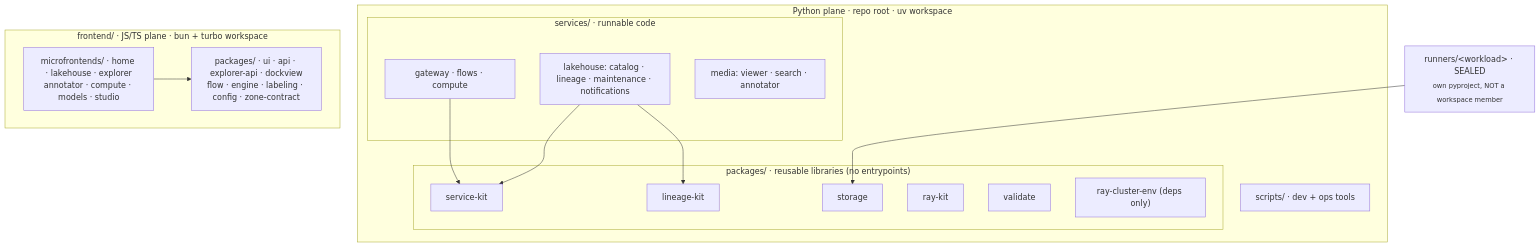
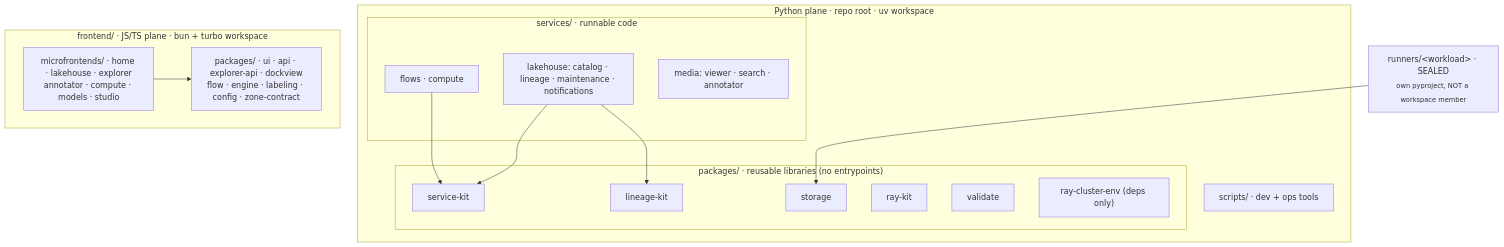
One commit to AI-Riksarkivet/rask changed the diagram in docs/architecture/layout.md. Above: the diagram before and after it, drawn with Mermaid. The commit also changed other lines of this file and 203 other files, not shown here.

````diff
--- a/docs/architecture/layout.md
+++ b/docs/architecture/layout.md
@@ -10,28 +10,28 @@
 ```mermaid
 flowchart TD
     subgraph py["Python plane · repo root · uv workspace"]
         subgraph services["services/ · runnable code"]
             lake["lakehouse: catalog · lineage · maintenance · notifications"]
-            fleet["gateway · flows · compute"]
+            fleet["flows · compute"]
             media["media: viewer · search · annotator"]
         end
         subgraph packages["packages/ · reusable libraries (no entrypoints)"]
             psk["service-kit"]
             plk["lineage-kit"]
             pst["storage"]
             prk["ray-kit"]
             ptv["validate"]
             prc["ray-cluster-env (deps only)"]
         end
         cx["scripts/ · dev + ops tools"]
     end
     subgraph js["frontend/ · JS/TS plane · bun + turbo workspace"]
         mf["microfrontends/ · home · lakehouse · explorer<br/>annotator · compute · models · studio"]
         fpk["packages/ · ui · api · explorer-api · dockview<br/>flow · engine · labeling · config · zone-contract"]
     end
     rn["runners/&lt;workload&gt; · SEALED<br/><sub>own pyproject, NOT a workspace member</sub>"] --> pst
     lake --> psk
     lake --> plk
     fleet --> psk
     mf --> fpk
 ```
````
